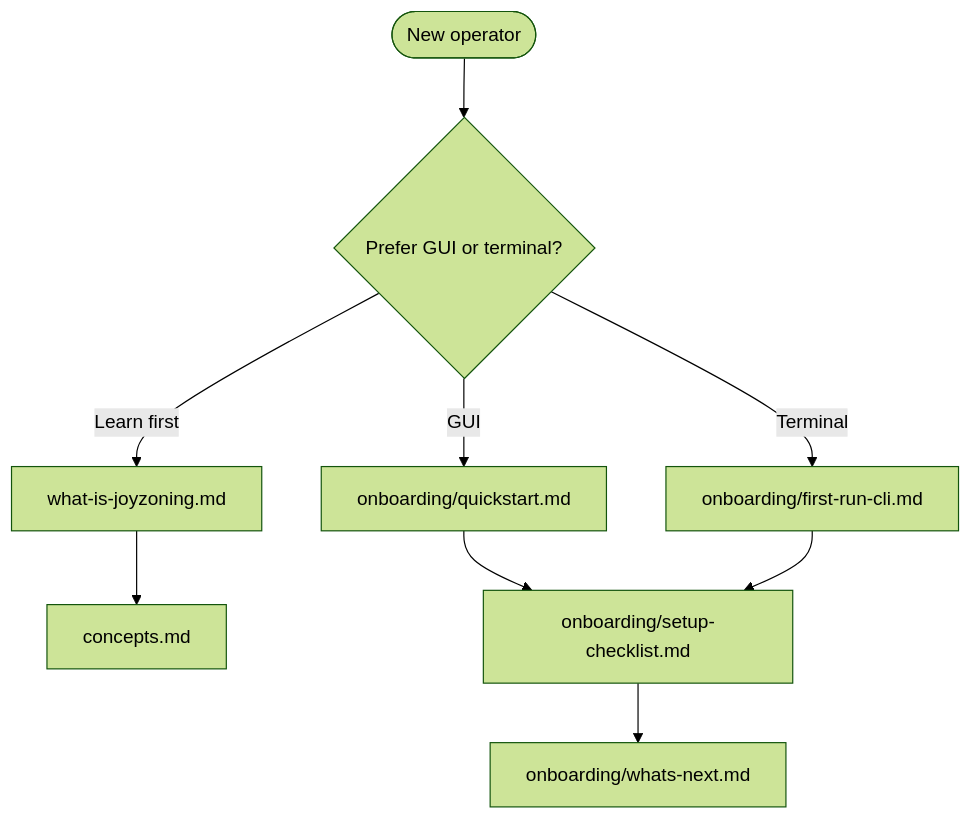
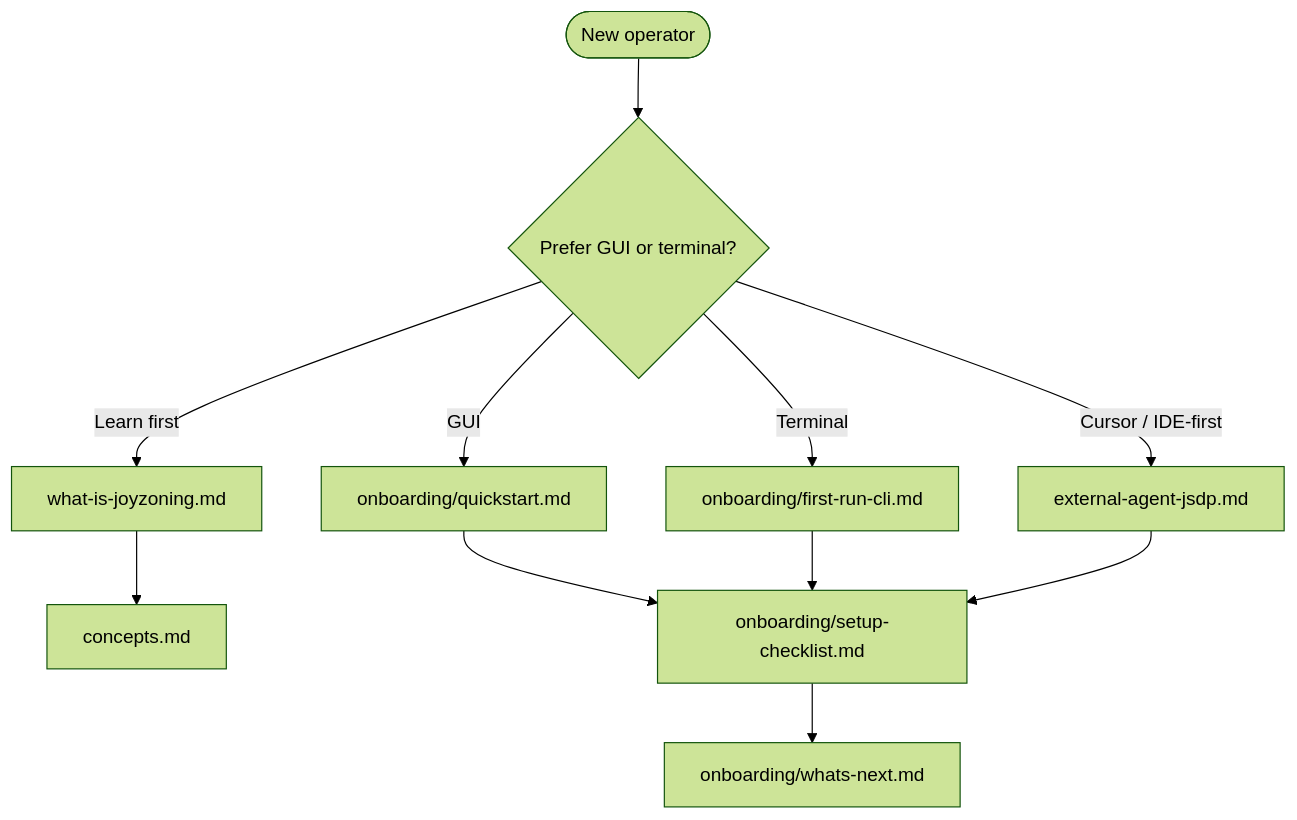
Before and after one commit to CardSorting/JoyZoning: the diagram in docs/README.md, drawn with Mermaid (forest theme). The commit also changed other lines of this file and 7 other files, not shown here.

````diff
--- a/docs/README.md
+++ b/docs/README.md
@@ -15,11 +15,13 @@
 ```mermaid
 flowchart TD
   Start([New operator]) --> Q{Prefer GUI or terminal?}
   Q -->|GUI| QS[onboarding/quickstart.md]
   Q -->|Terminal| CLI[onboarding/first-run-cli.md]
   Q -->|Learn first| WI[what-is-joyzoning.md]
+  Q -->|Cursor / IDE-first| EXT[external-agent-jsdp.md]
   WI --> C[concepts.md]
   QS --> CHK[onboarding/setup-checklist.md]
   CLI --> CHK
+  EXT --> CHK
   CHK --> NEXT[onboarding/whats-next.md]
 ```
````
